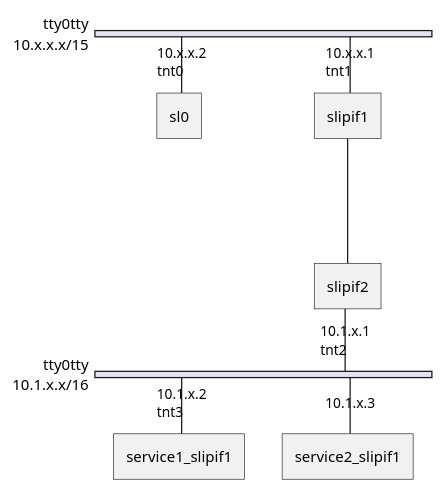
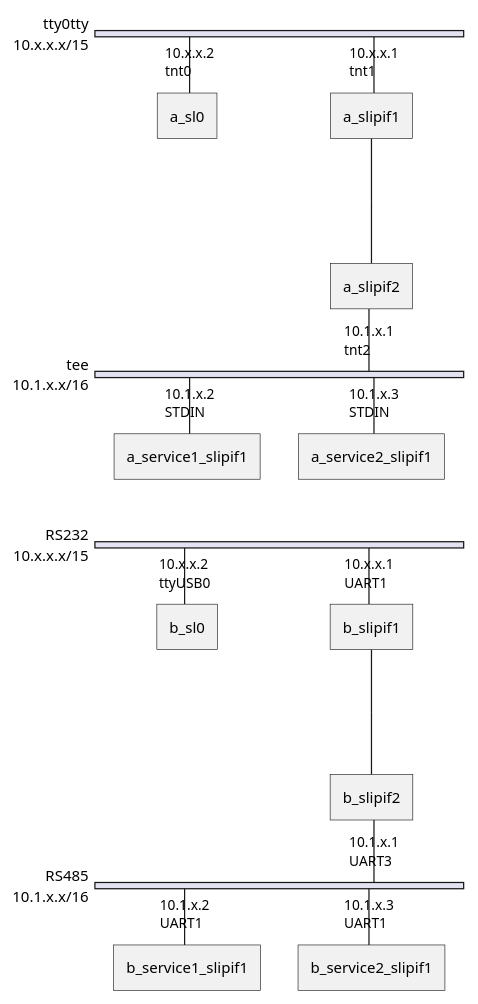
The diagram in network.plantuml (Shari2/ethernet_over_serial), drawn with PlantUML before and after one commit.

Commit message:
Draft how to duplicate RS485 bus in software. Tee send data to all devices. All devices write to the same serial interface (write collision avoidance required).

```diff
--- a/network.plantuml
+++ b/network.plantuml
@@ -1,19 +1,39 @@
 @startuml
+
 nwdiag {
   network tty0tty {
       address = "10.x.x.x/15"
 
-      sl0 [address = "10.x.x.2, tnt0"];
-      slipif1 [address = "10.x.x.1, tnt1"];
-      slipif1 -- slipif2;
+      a_sl0 [address = "10.x.x.2, tnt0"];
+      a_slipif1 [address = "10.x.x.1, tnt1"];
+      a_slipif1 -- a_slipif2;
   }
 
-  network tty0tty {
+  network tee {
       address = "10.1.x.x/16";
 
-      slipif2 [address = "10.1.x.1, tnt2"]
-      service1_slipif1 [address = "10.1.x.2, tnt3"];
-      service2_slipif1 [address = "10.1.x.3"];
+      a_slipif2 [address = "10.1.x.1, tnt2"]
+      a_service1_slipif1 [address = "10.1.x.2, STDIN"];
+      a_service2_slipif1 [address = "10.1.x.3, STDIN"];
+  }
+}
+
+
+nwdiag {
+  network RS232 {
+      address = "10.x.x.x/15"
+
+      b_sl0 [address = "10.x.x.2, ttyUSB0"];
+      b_slipif1 [address = "10.x.x.1, UART1"];
+      b_slipif1 -- b_slipif2;
+  }
+
+  network RS485 {
+      address = "10.1.x.x/16";
+
+      b_slipif2 [address = "10.1.x.1, UART3"]
+      b_service1_slipif1 [address = "10.1.x.2, UART1"];
+      b_service2_slipif1 [address = "10.1.x.3, UART1"];
   }
 }
 @enduml
```
